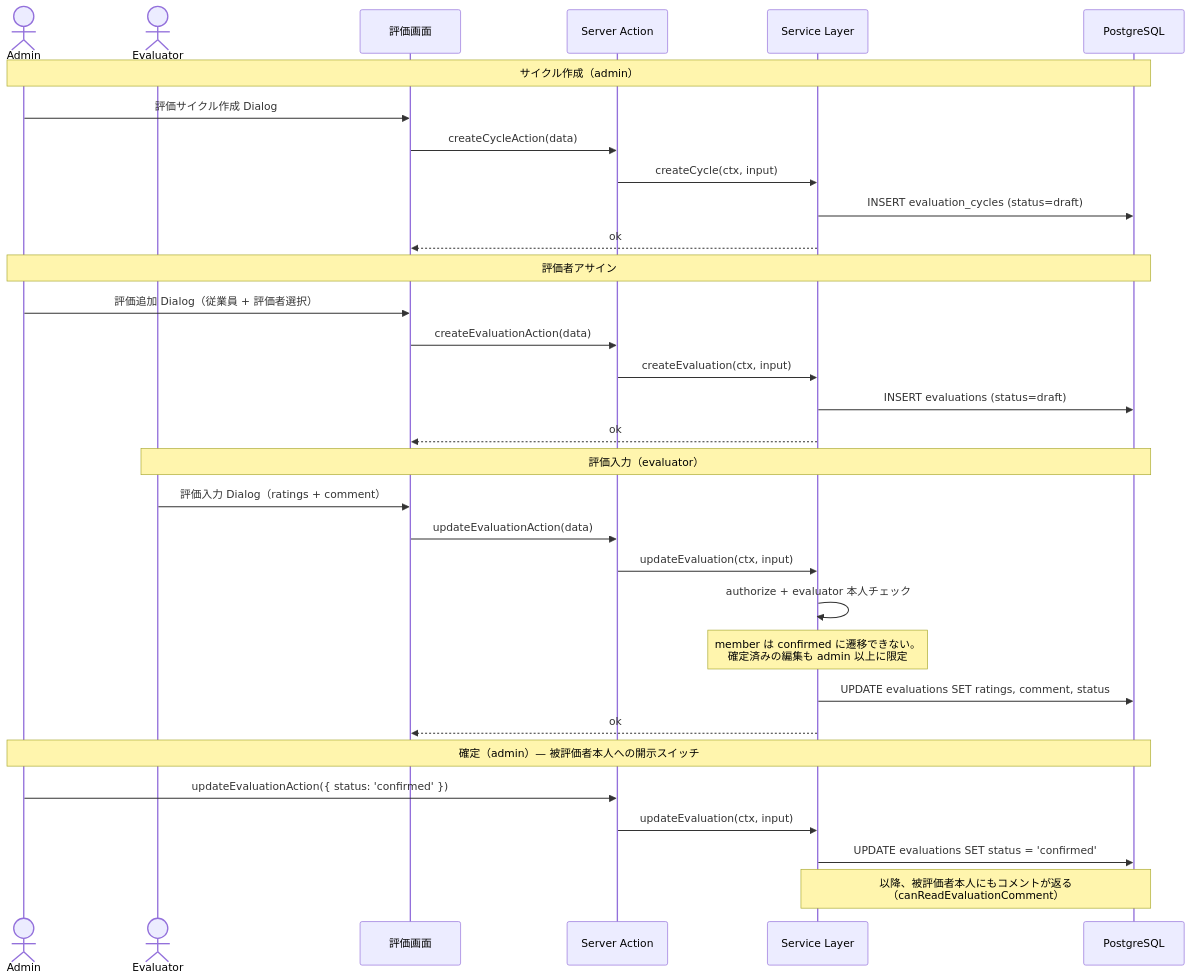
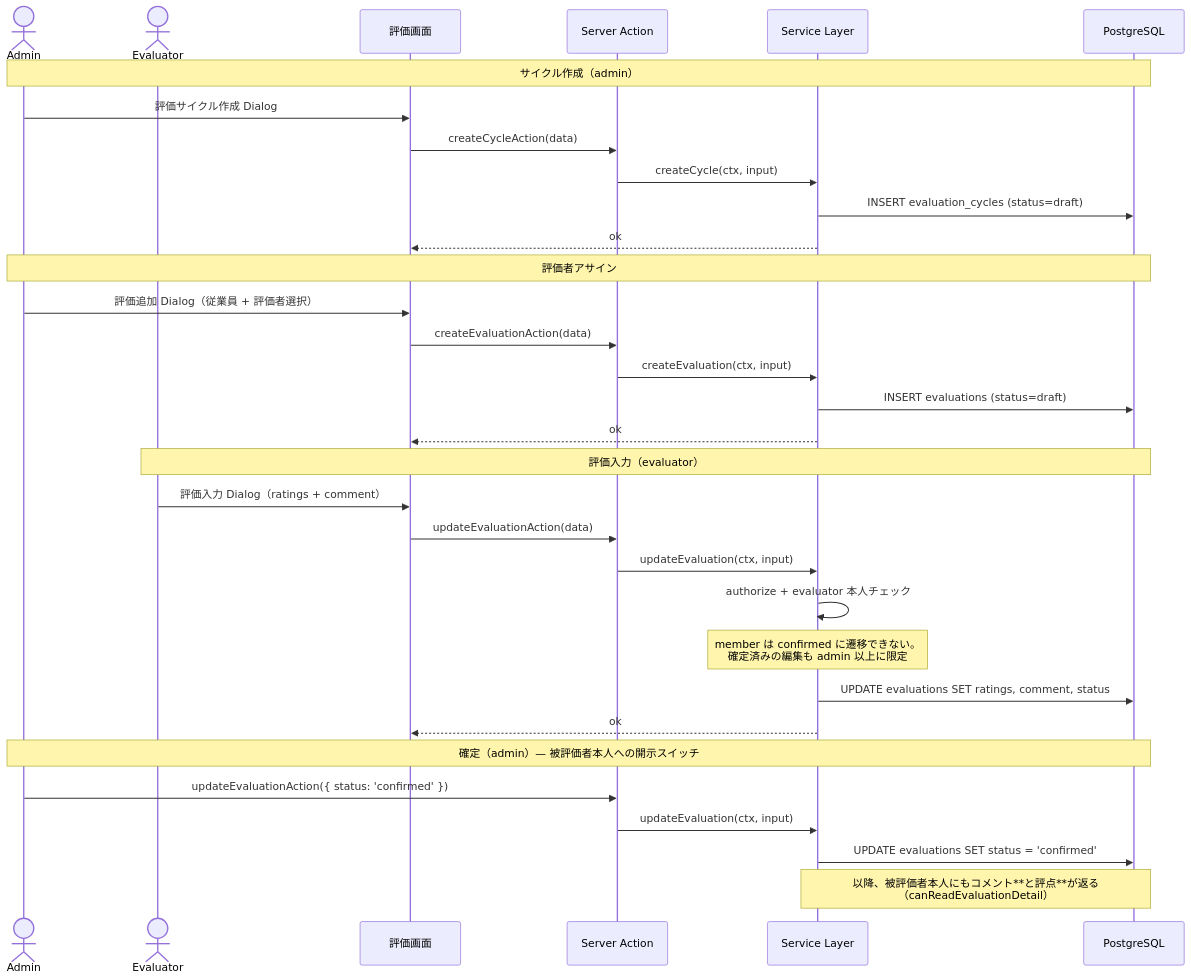
The eighth of 9 diagrams in docs/design/user-flows.md (TakuyaMiyashita/fondra-hr), drawn with Mermaid before and after one commit. The commit also changed other lines of this file, not shown here.

First line of the commit message:
docs: フロー図と実装の食い違いを直す (#74)

````diff
--- a/docs/design/user-flows.md
+++ b/docs/design/user-flows.md
@@ -234,38 +264,38 @@
 ```mermaid
 sequenceDiagram
     actor Admin
     actor Evaluator
     participant UI as 評価画面
     participant SA as Server Action
     participant SVC as Service Layer
     participant DB as PostgreSQL
 
     Note over Admin,DB: サイクル作成（admin）
     Admin->>UI: 評価サイクル作成 Dialog
     UI->>SA: createCycleAction(data)
     SA->>SVC: createCycle(ctx, input)
     SVC->>DB: INSERT evaluation_cycles (status=draft)
     SVC-->>UI: ok
 
     Note over Admin,DB: 評価者アサイン
     Admin->>UI: 評価追加 Dialog（従業員 + 評価者選択）
     UI->>SA: createEvaluationAction(data)
     SA->>SVC: createEvaluation(ctx, input)
     SVC->>DB: INSERT evaluations (status=draft)
     SVC-->>UI: ok
 
     Note over Evaluator,DB: 評価入力（evaluator）
     Evaluator->>UI: 評価入力 Dialog（ratings + comment）
     UI->>SA: updateEvaluationAction(data)
     SA->>SVC: updateEvaluation(ctx, input)
     SVC->>SVC: authorize + evaluator 本人チェック
     Note over SVC: member は confirmed に遷移できない。<br/>確定済みの編集も admin 以上に限定
     SVC->>DB: UPDATE evaluations SET ratings, comment, status
     SVC-->>UI: ok
 
     Note over Admin,DB: 確定（admin）— 被評価者本人への開示スイッチ
     Admin->>SA: updateEvaluationAction({ status: 'confirmed' })
     SA->>SVC: updateEvaluation(ctx, input)
     SVC->>DB: UPDATE evaluations SET status = 'confirmed'
-    Note over SVC,DB: 以降、被評価者本人にもコメントが返る<br/>（canReadEvaluationComment）
+    Note over SVC,DB: 以降、被評価者本人にもコメント**と評点**が返る<br/>（canReadEvaluationDetail）
 ```
````
